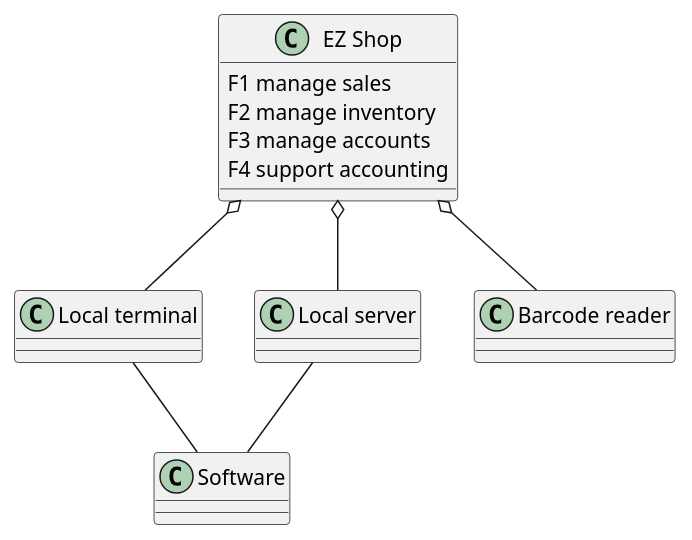
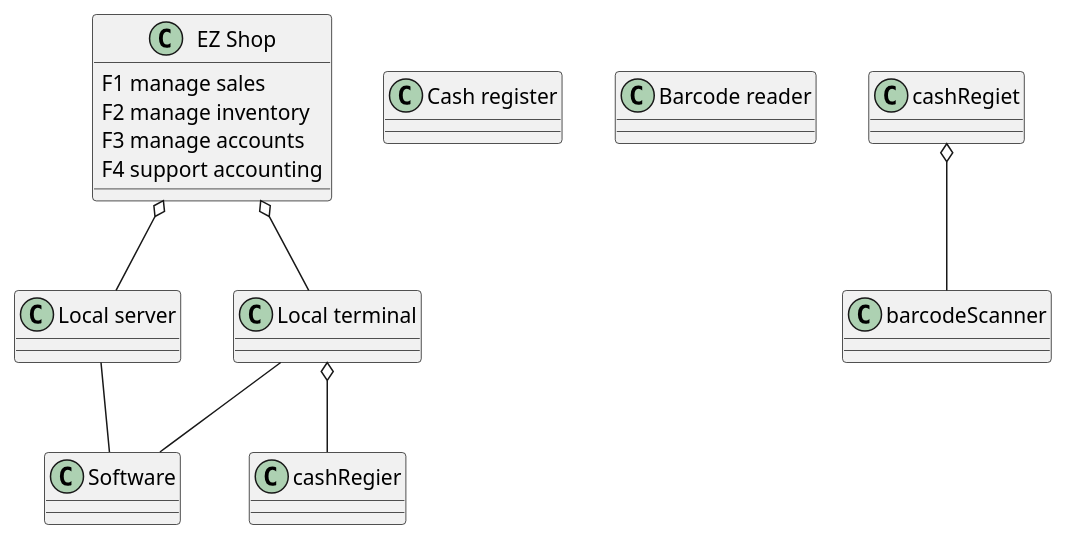
The sixth of 7 diagrams in Deliverables/RequirementsDocument.md (nicolabattaglino/ezshop), drawn with PlantUML before and after one commit.

Commit message:
system diagrma changes

````diff
--- a/Deliverables/RequirementsDocument.md
+++ b/Deliverables/RequirementsDocument.md
@@ -892,26 +892,27 @@
 ```plantuml
 @startuml
 
 class "EZ Shop" as EZShop{
 F1 manage sales 
 F2 manage inventory
 F3 manage accounts
 F4 support accounting
 }
 
 class "Local terminal" as localTerminal{
 }
 class "Local server" as localServer{
 }
-
+class "Cash register" as cashRegister
 class "Barcode reader" as barcodeReader
 class "Software" as software 
 EZShop o-- localTerminal
 localTerminal -- software
 localServer -- software
 EZShop o-- localServer
-EZShop o-- barcodeReader
+localTerminal o-- cashRegier
+cashRegiet o-- barcodeScanner
 
 
 @enduml
 ```
````
